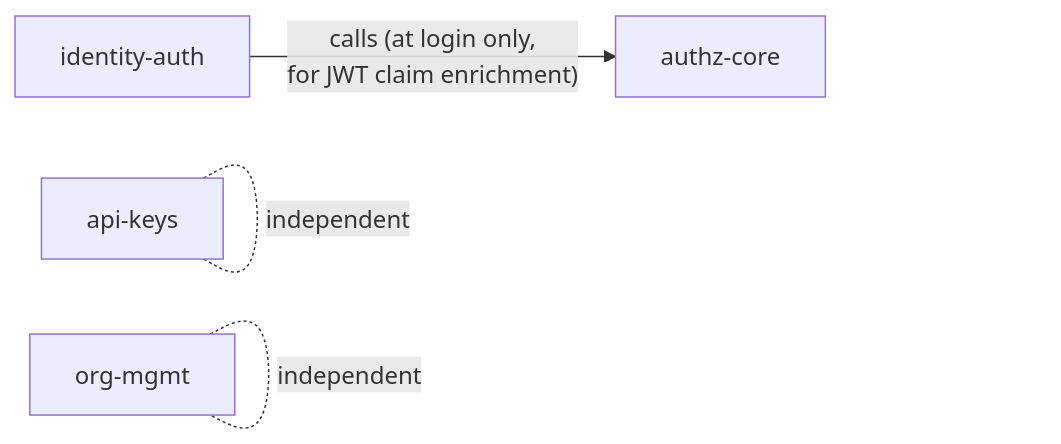
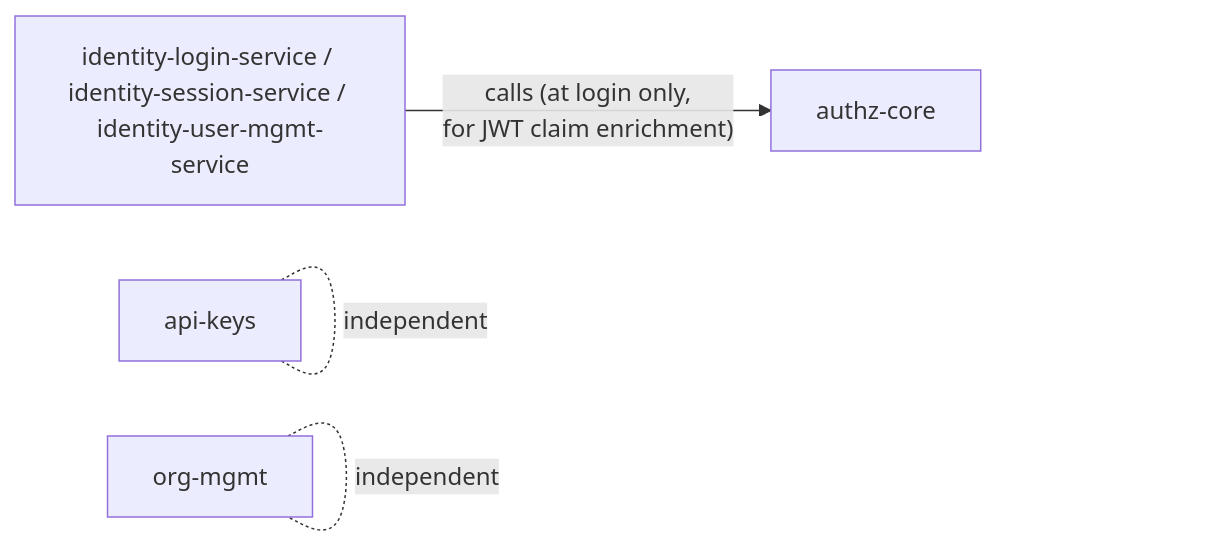
One commit to microscaler/sesame-idam changed the sixth of 6 diagrams in docs/service-topology-design.md. Above: the diagram before and after it, drawn with Mermaid. The commit also changed other lines of this file and 7 other files, not shown here.

First line of the commit message:
docs: fix all stale architecture references — 4→6 services, identity-auth→real names

````diff
--- a/docs/service-topology-design.md
+++ b/docs/service-topology-design.md
@@ -218,11 +220,11 @@
 ```mermaid
 graph LR
-    IA[identity-auth]
+    IA[identity-login-service / identity-session-service / identity-user-mgmt-service]
     AC[authz-core]
     AK[api-keys]
     OM[org-mgmt]
 
     IA -- "calls (at login only,\nfor JWT claim enrichment)" --> AC
     AK -. "independent" .- AK
     OM -. "independent" .- OM
 ```
````
